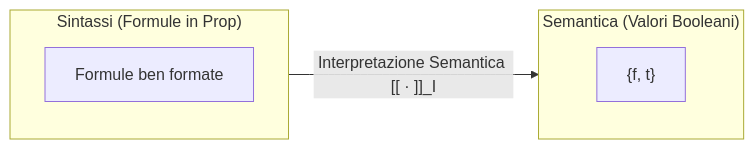
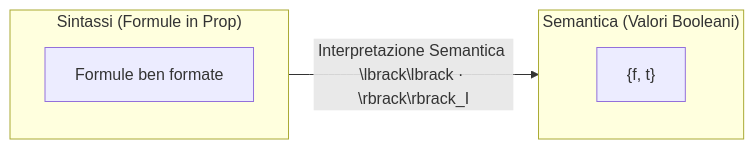
The second of 2 diagrams in anno_1/fondamenti_di_informatica/2026-11-23_intro_logica.md (dennyb87/informatica-unipi), drawn with Mermaid before and after one commit. The commit also changed other lines of this file, not shown here.

````diff
--- a/anno_1/fondamenti_di_informatica/2026-11-23_intro_logica.md
+++ b/anno_1/fondamenti_di_informatica/2026-11-23_intro_logica.md
@@ -194,10 +194,10 @@
 ```mermaid
 graph LR
     subgraph Sintassi ["Sintassi (Formule in Prop)"]
         S["Formule ben formate"]
     end
     subgraph Semantica ["Semantica (Valori Booleani)"]
         V["{f, t}"]
     end
-    Sintassi -- "Interpretazione Semantica [[ · ]]_I" --> Semantica
+    Sintassi -- "Interpretazione Semantica \lbrack\lbrack · \rbrack\rbrack_I" --> Semantica
 ```
````
